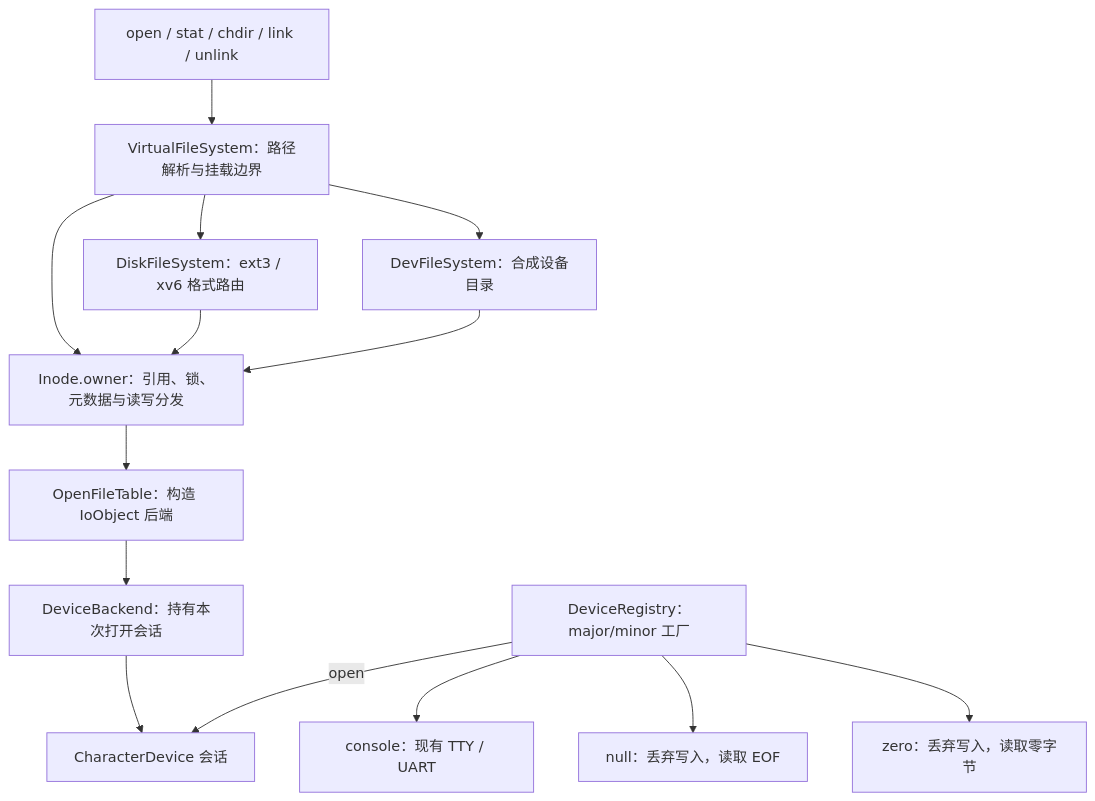
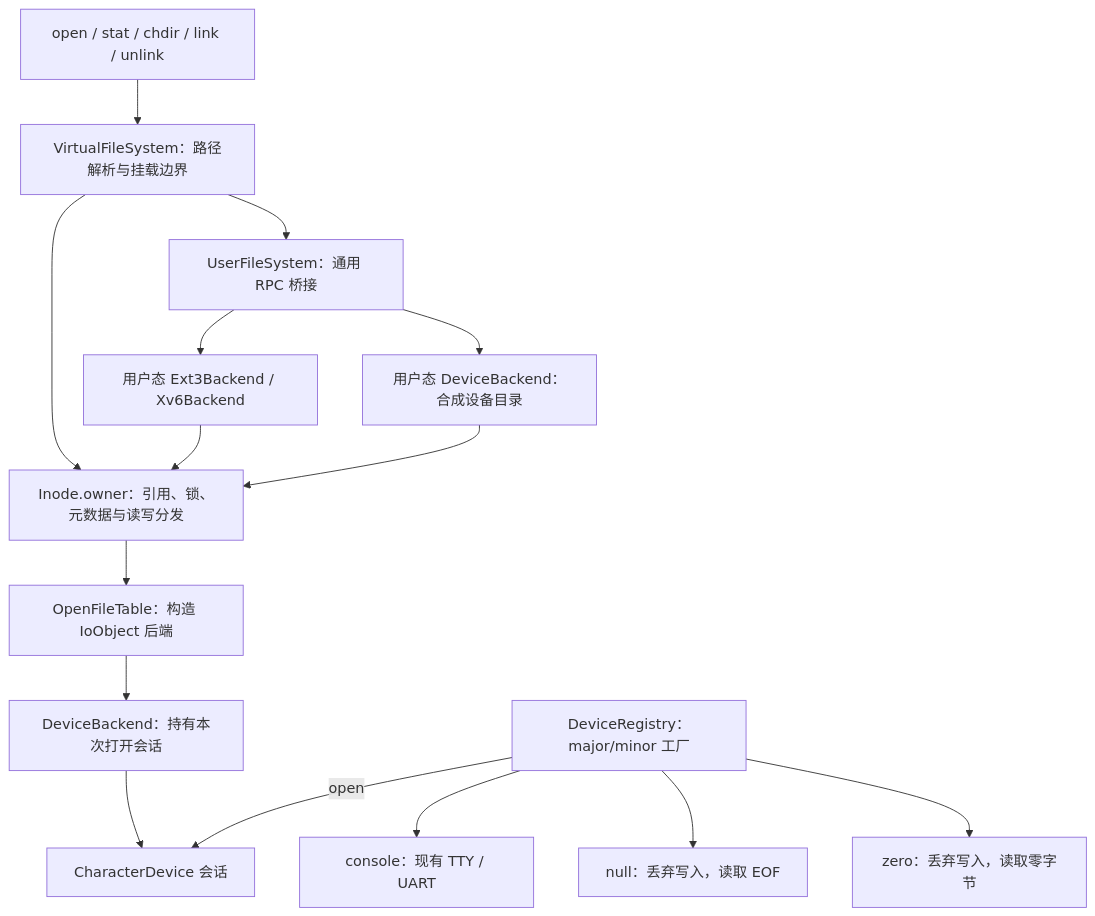
One commit to barrenham/xv6-cpp changed the diagram in docs/devfs.md. Above: the diagram before and after it, drawn with Mermaid. The commit also changed other lines of this file and 67 other files, not shown here.

````diff
--- a/docs/devfs.md
+++ b/docs/devfs.md
@@ -5,16 +5,17 @@
 ```mermaid
 flowchart TD
   Path[open / stat / chdir / link / unlink] --> VFS[VirtualFileSystem：路径解析与挂载边界]
-  VFS --> Disk[DiskFileSystem：ext3 / xv6 格式路由]
-  VFS --> Dev[DevFileSystem：合成设备目录]
+  VFS --> Bridge[UserFileSystem：通用 RPC 桥接]
+  Bridge --> Disk[用户态 Ext3Backend / Xv6Backend]
+  Bridge --> Dev[用户态 DeviceBackend：合成设备目录]
   VFS --> Owner[Inode.owner：引用、锁、元数据与读写分发]
   Disk --> Owner
   Dev --> Owner
   Owner --> File[OpenFileTable：构造 IoObject 后端]
   File --> DB[DeviceBackend：持有本次打开会话]
   DB --> Session[CharacterDevice 会话]
   Registry[DeviceRegistry：major/minor 工厂] -->|open| Session
   Registry --> TTY[console：现有 TTY / UART]
   Registry --> Null[null：丢弃写入，读取 EOF]
   Registry --> Zero[zero：丢弃写入，读取零字节]
 ```
````
